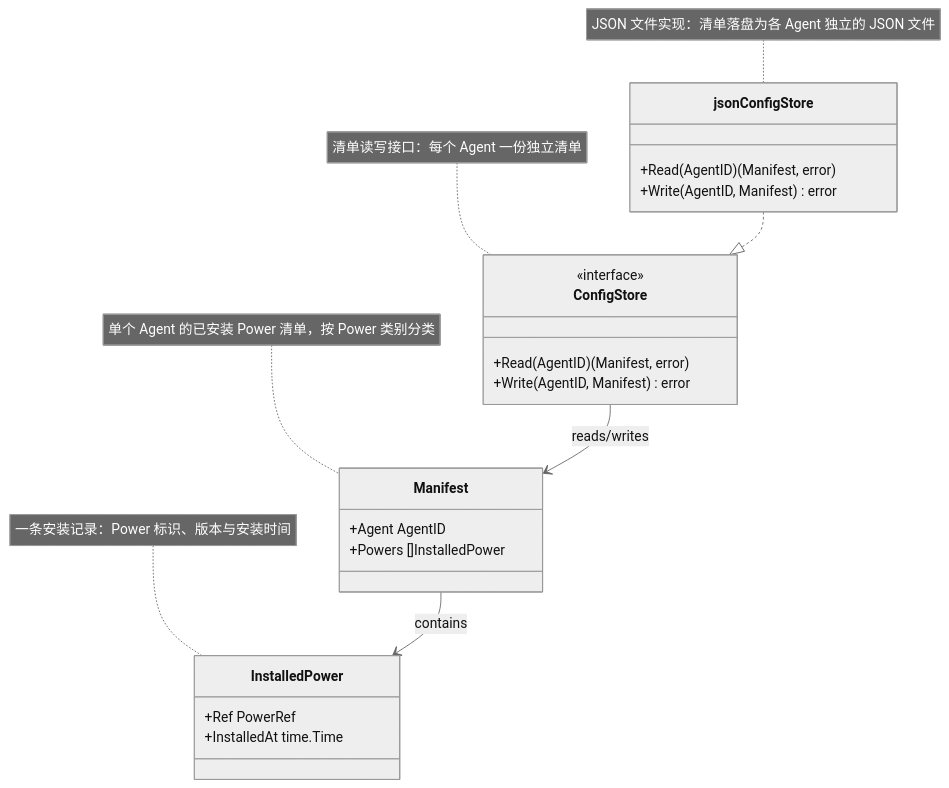
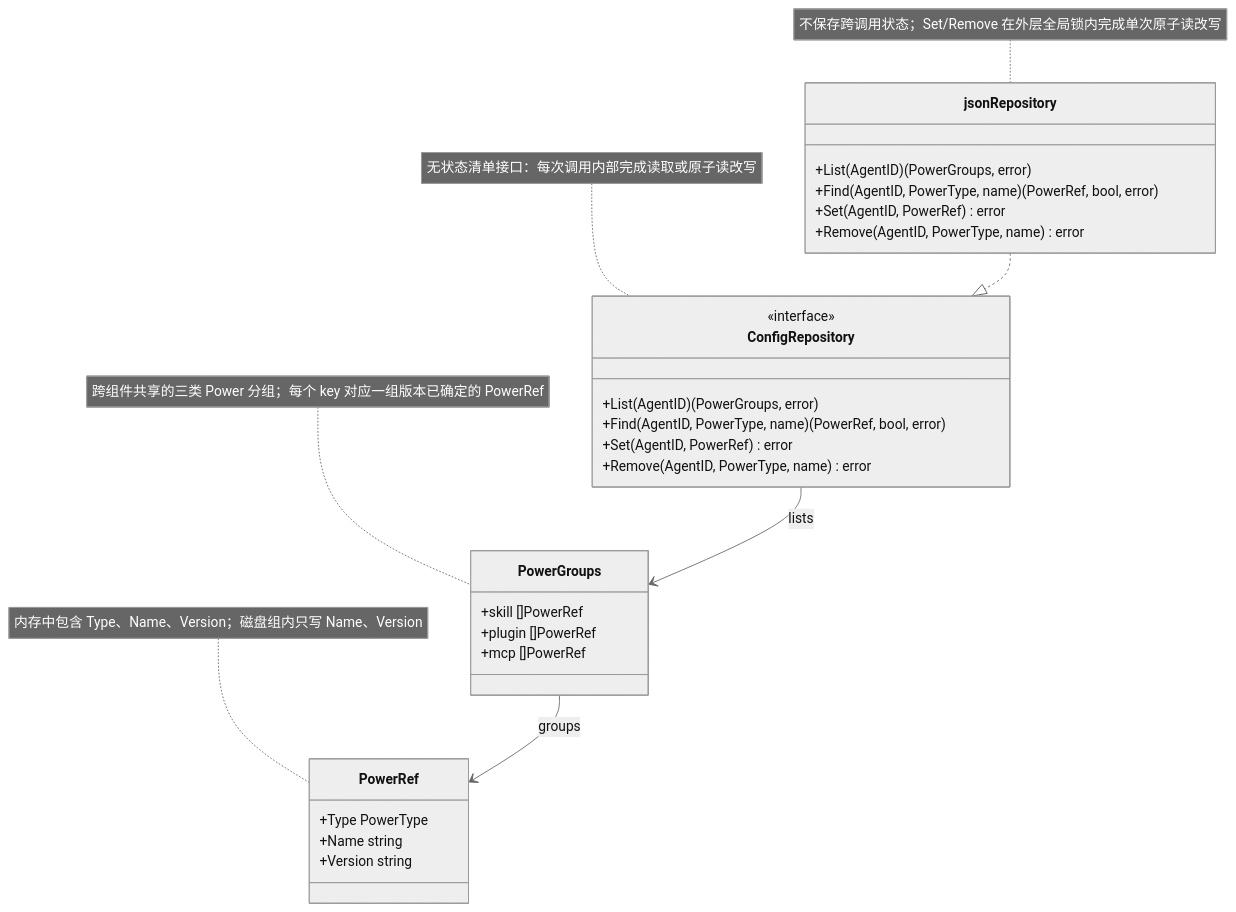
Before and after one commit to spacemit-com/agent-power-manager: the diagram in ivory-tower/c4/components/apm-cli-diagrams/config-model.mmd, drawn with Mermaid (neutral theme). The commit also changed 11 other files, not shown here.

Commit message:
docs: design agent power config repository

```diff
--- a/ivory-tower/c4/components/apm-cli-diagrams/config-model.mmd
+++ b/ivory-tower/c4/components/apm-cli-diagrams/config-model.mmd
@@ -1,29 +1,35 @@
 classDiagram
-    note for ConfigStore "清单读写接口：每个 Agent 一份独立清单"
-    class ConfigStore {
+    note for ConfigRepository "无状态清单接口：每次调用内部完成读取或原子读改写"
+    class ConfigRepository {
         <<interface>>
-        +Read(AgentID) (Manifest, error)
-        +Write(AgentID, Manifest) error
+        +List(AgentID) (PowerGroups, error)
+        +Find(AgentID, PowerType, name) (PowerRef, bool, error)
+        +Set(AgentID, PowerRef) error
+        +Remove(AgentID, PowerType, name) error
     }
 
-    note for Manifest "单个 Agent 的已安装 Power 清单，按 Power 类别分类"
-    class Manifest {
-        +Agent AgentID
-        +Powers []InstalledPower
+    note for PowerGroups "跨组件共享的三类 Power 分组；每个 key 对应一组版本已确定的 PowerRef"
+    class PowerGroups {
+        +skill []PowerRef
+        +plugin []PowerRef
+        +mcp []PowerRef
     }
 
-    note for InstalledPower "一条安装记录：Power 标识、版本与安装时间"
-    class InstalledPower {
-        +Ref PowerRef
-        +InstalledAt time.Time
+    note for PowerRef "内存中包含 Type、Name、Version；磁盘组内只写 Name、Version"
+    class PowerRef {
+        +Type PowerType
+        +Name string
+        +Version string
     }
 
-    note for jsonConfigStore "JSON 文件实现：清单落盘为各 Agent 独立的 JSON 文件"
-    class jsonConfigStore {
-        +Read(AgentID) (Manifest, error)
-        +Write(AgentID, Manifest) error
+    note for jsonRepository "不保存跨调用状态；Set/Remove 在外层全局锁内完成单次原子读改写"
+    class jsonRepository {
+        +List(AgentID) (PowerGroups, error)
+        +Find(AgentID, PowerType, name) (PowerRef, bool, error)
+        +Set(AgentID, PowerRef) error
+        +Remove(AgentID, PowerType, name) error
     }
 
-    jsonConfigStore ..|> ConfigStore
-    ConfigStore --> Manifest : reads/writes
-    Manifest --> InstalledPower : contains
+    jsonRepository ..|> ConfigRepository
+    ConfigRepository --> PowerGroups : lists
+    PowerGroups --> PowerRef : groups
```
